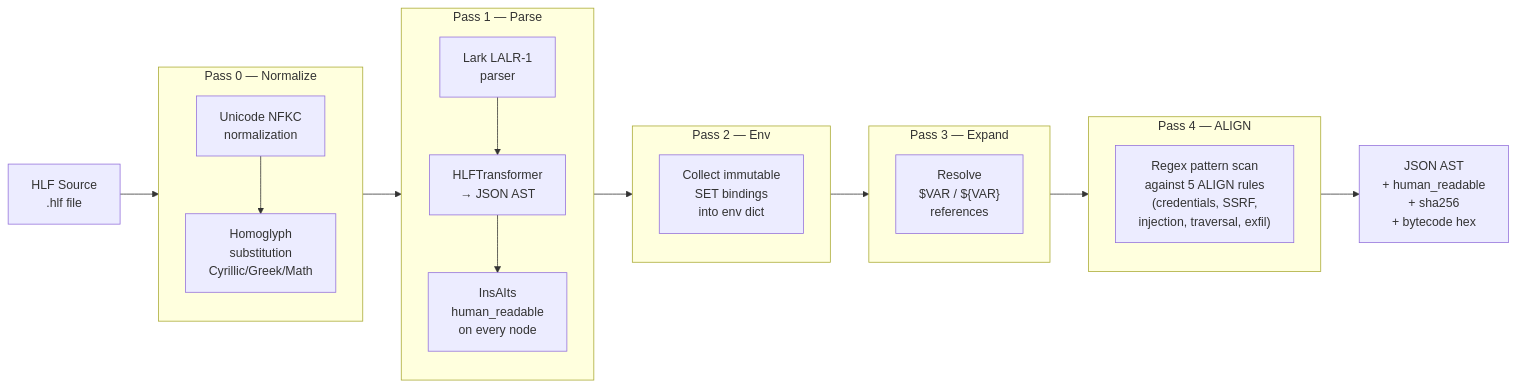
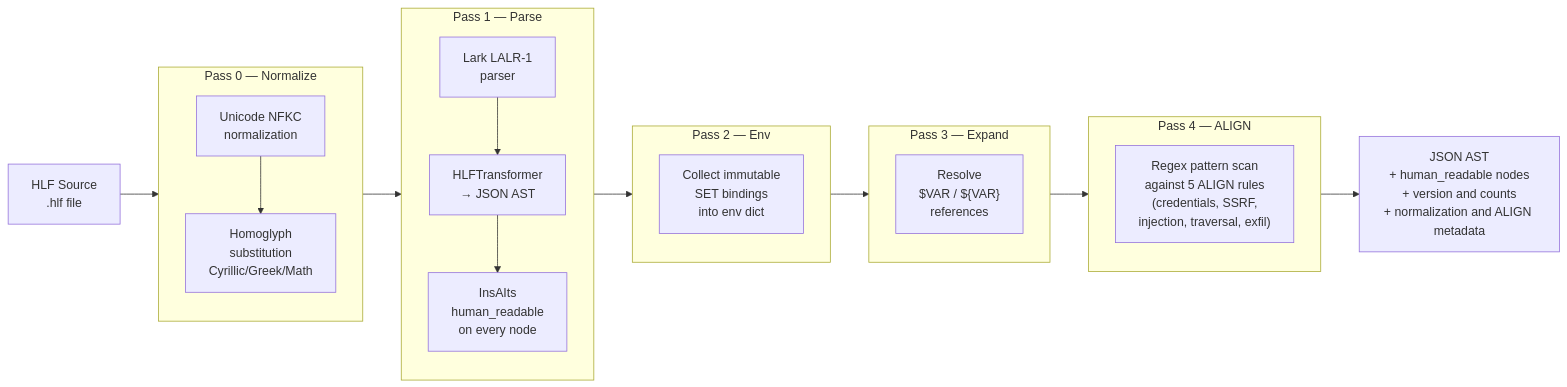
The sixth of 13 diagrams in README.md (Grumpified-OGGVCT/HLF-Hieroglyphic-Logic-Framework-MCP), drawn with Mermaid before and after one commit. The commit also changed other lines of this file and 73 other files, not shown here.

````diff
--- a/README.md
+++ b/README.md
@@ -632,33 +655,33 @@
 ```mermaid
 flowchart LR
     src["HLF Source\n.hlf file"]
 
     subgraph P0["Pass 0 — Normalize"]
         n1["Unicode NFKC\nnormalization"]
         n2["Homoglyph\nsubstitution\nCyrillic/Greek/Math"]
         n1 --> n2
     end
 
     subgraph P1["Pass 1 — Parse"]
         p1["Lark LALR-1\nparser"]
         p2["HLFTransformer\n→ JSON AST"]
         p3["InsAIts\nhuman_readable\non every node"]
         p1 --> p2 --> p3
     end
 
     subgraph P2["Pass 2 — Env"]
         e1["Collect immutable\nSET bindings\ninto env dict"]
     end
 
     subgraph P3["Pass 3 — Expand"]
         v1["Resolve\n$VAR / ${VAR}\nreferences"]
     end
 
     subgraph P4["Pass 4 — ALIGN"]
         a1["Regex pattern scan\nagainst 5 ALIGN rules\n(credentials, SSRF,\ninjection, traversal, exfil)"]
     end
 
-    out["JSON AST\n+ human_readable\n+ sha256\n+ bytecode hex"]
+    out["JSON AST\n+ human_readable nodes\n+ version and counts\n+ normalization and ALIGN metadata"]
 
     src --> P0 --> P1 --> P2 --> P3 --> P4 --> out
 ```
````
